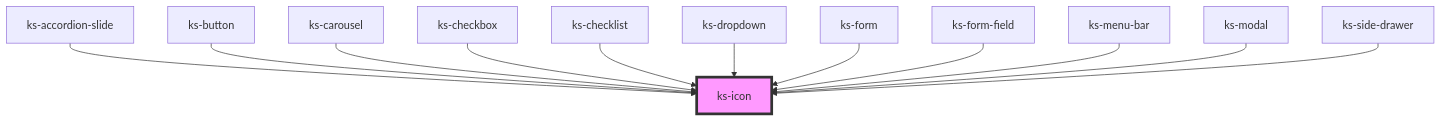
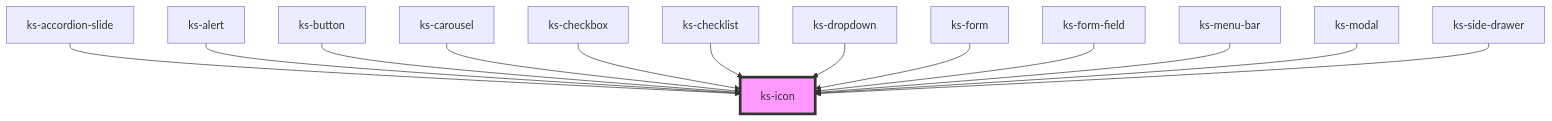
Before and after one commit to kickstand-ui/kickstand-ui: the diagram in src/scripts/components/icon/readme.md, drawn with Mermaid. The commit also changed other lines of this file and 9 other files, not shown here.

````diff
--- a/src/scripts/components/icon/readme.md
+++ b/src/scripts/components/icon/readme.md
@@ -33,15 +34,16 @@
 ```mermaid
 graph TD;
   ks-accordion-slide --> ks-icon
+  ks-alert --> ks-icon
   ks-button --> ks-icon
   ks-carousel --> ks-icon
   ks-checkbox --> ks-icon
   ks-checklist --> ks-icon
   ks-dropdown --> ks-icon
   ks-form --> ks-icon
   ks-form-field --> ks-icon
   ks-menu-bar --> ks-icon
   ks-modal --> ks-icon
   ks-side-drawer --> ks-icon
   style ks-icon fill:#f9f,stroke:#333,stroke-width:4px
 ```
````
